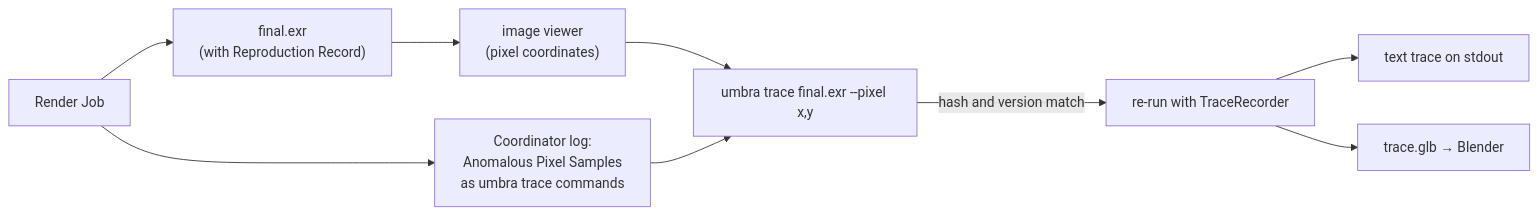
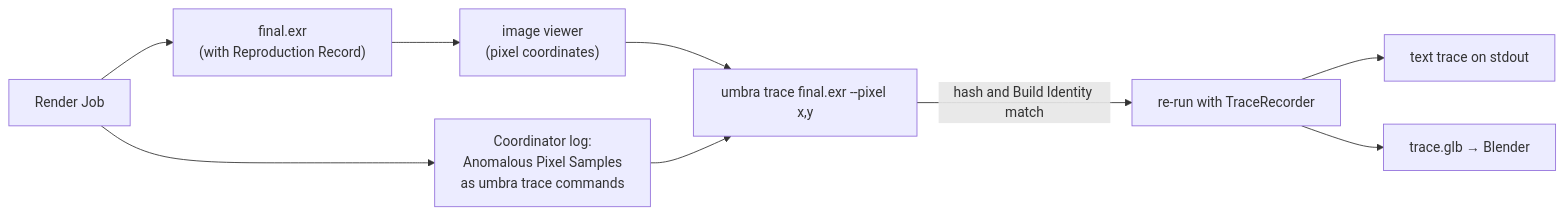
One commit to sergioffpc/umbra changed the eighth of 12 diagrams in docs/architecture/08-crosscutting-concepts.md. Above: the diagram before and after it, drawn with Mermaid. The commit also changed other lines of this file and 29 other files, not shown here.

````diff
--- a/docs/architecture/08-crosscutting-concepts.md
+++ b/docs/architecture/08-crosscutting-concepts.md
@@ -227,11 +227,11 @@
 ```mermaid
 flowchart LR
     R["Render Job"] --> I["final.exr<br/>(with Reproduction Record)"]
     R --> G["Coordinator log:<br/>Anomalous Pixel Samples<br/>as umbra trace commands"]
     I --> V["image viewer<br/>(pixel coordinates)"]
     V --> T["umbra trace final.exr --pixel x,y"]
     G --> T
-    T -->|"hash and version match"| E["re-run with TraceRecorder"]
+    T -->|"hash and Build Identity match"| E["re-run with TraceRecorder"]
     E --> X["text trace on stdout"]
     E --> B["trace.glb → Blender"]
 ```
````
